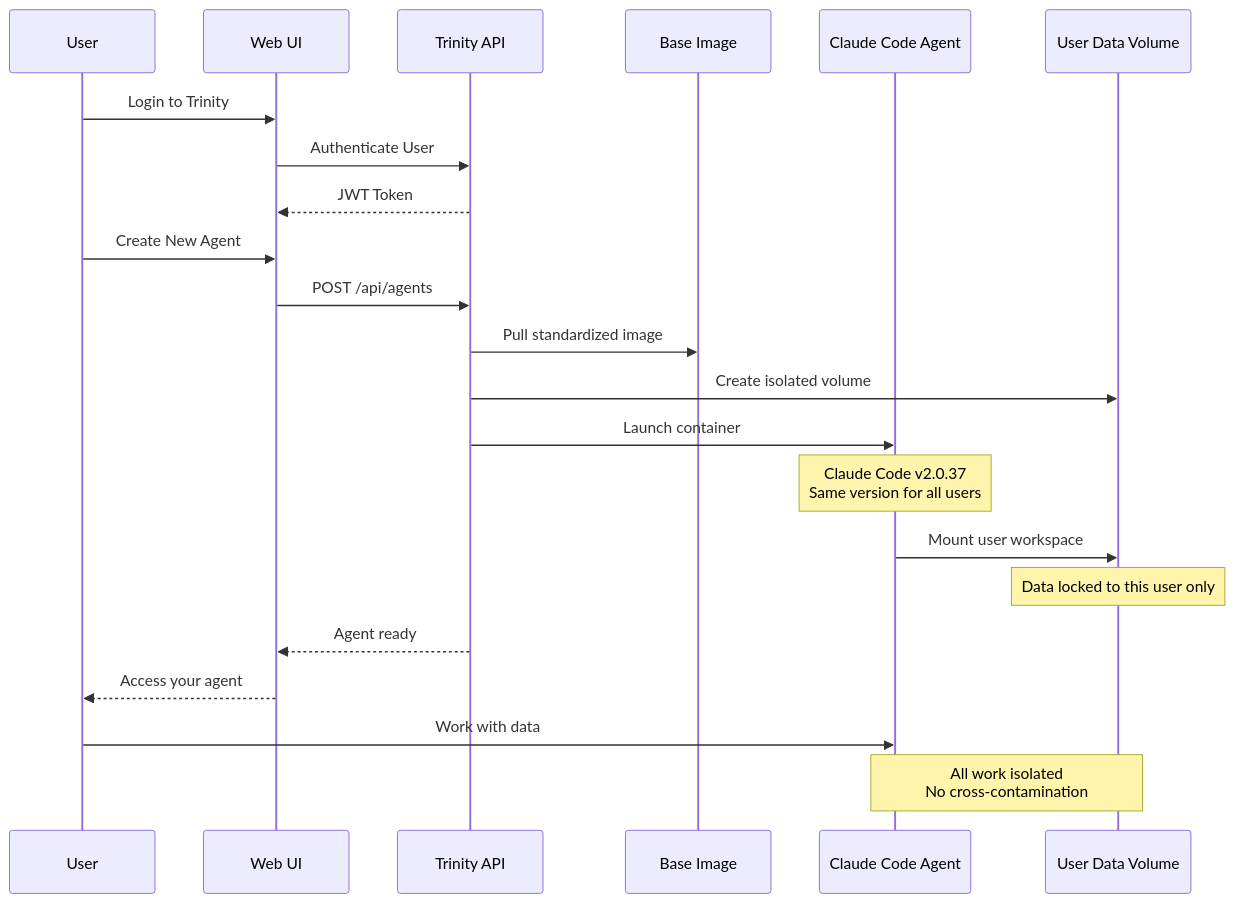
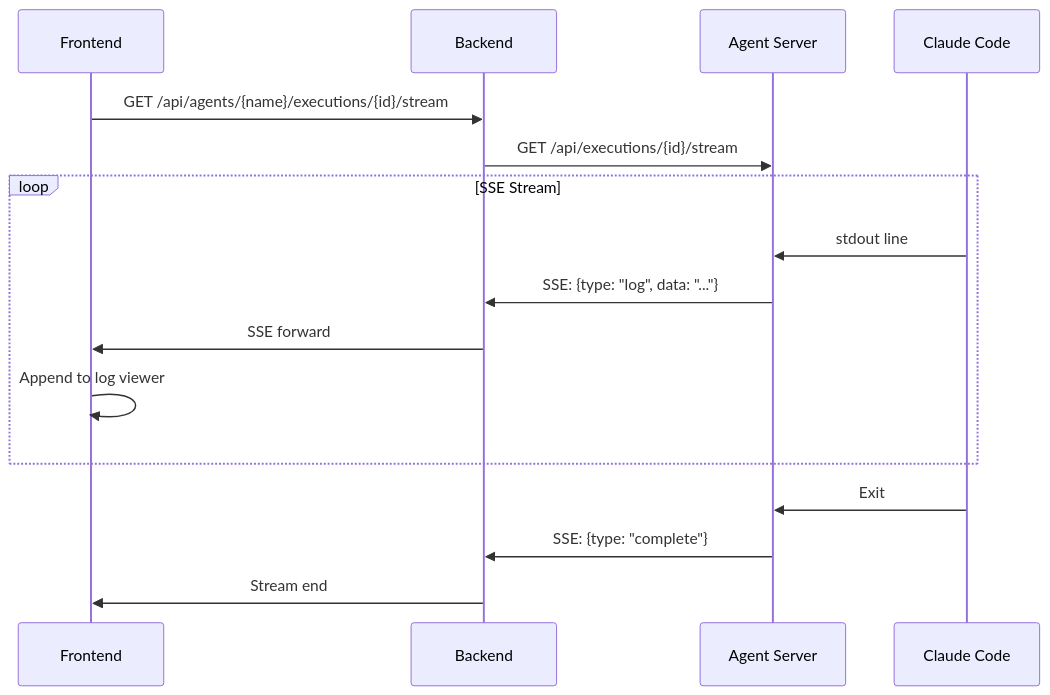
Diagram 12 of 15 in docs/trinity-architecture-diagrams.md (webmixgamer/trinity), drawn with Mermaid before and after one commit. The commit also changed other lines of this file and 83 other files, not shown here.

````diff
--- a/docs/trinity-architecture-diagrams.md
+++ b/docs/trinity-architecture-diagrams.md
@@ -334,31 +468,21 @@
 ```mermaid
 sequenceDiagram
-    participant U as User
-    participant WEB as Web UI
-    participant API as Trinity API
-    participant BASE as Base Image
-    participant AGENT as Claude Code Agent
-    participant DATA as User Data Volume
-    
-    U->>WEB: Login to Trinity
-    WEB->>API: Authenticate User
-    API-->>WEB: JWT Token
-    
-    U->>WEB: Create New Agent
-    WEB->>API: POST /api/agents
-    
-    API->>BASE: Pull standardized image
-    API->>DATA: Create isolated volume
-    API->>AGENT: Launch container
-    
-    Note over AGENT: Claude Code v2.0.37<br/>Same version for all users
-    
-    AGENT->>DATA: Mount user workspace
-    Note over DATA: Data locked to this user only
-    
-    API-->>WEB: Agent ready
-    WEB-->>U: Access your agent
-    
-    U->>AGENT: Work with data
-    Note over AGENT,DATA: All work isolated<br/>No cross-contamination
+    participant UI as Frontend
+    participant BE as Backend
+    participant AGENT as Agent Server
+    participant CC as Claude Code
+
+    UI->>BE: GET /api/agents/{name}/executions/{id}/stream
+    BE->>AGENT: GET /api/executions/{id}/stream
+
+    loop SSE Stream
+        CC->>AGENT: stdout line
+        AGENT->>BE: SSE: {type: "log", data: "..."}
+        BE->>UI: SSE forward
+        UI->>UI: Append to log viewer
+    end
+
+    CC->>AGENT: Exit
+    AGENT->>BE: SSE: {type: "complete"}
+    BE->>UI: Stream end
 ```
````
